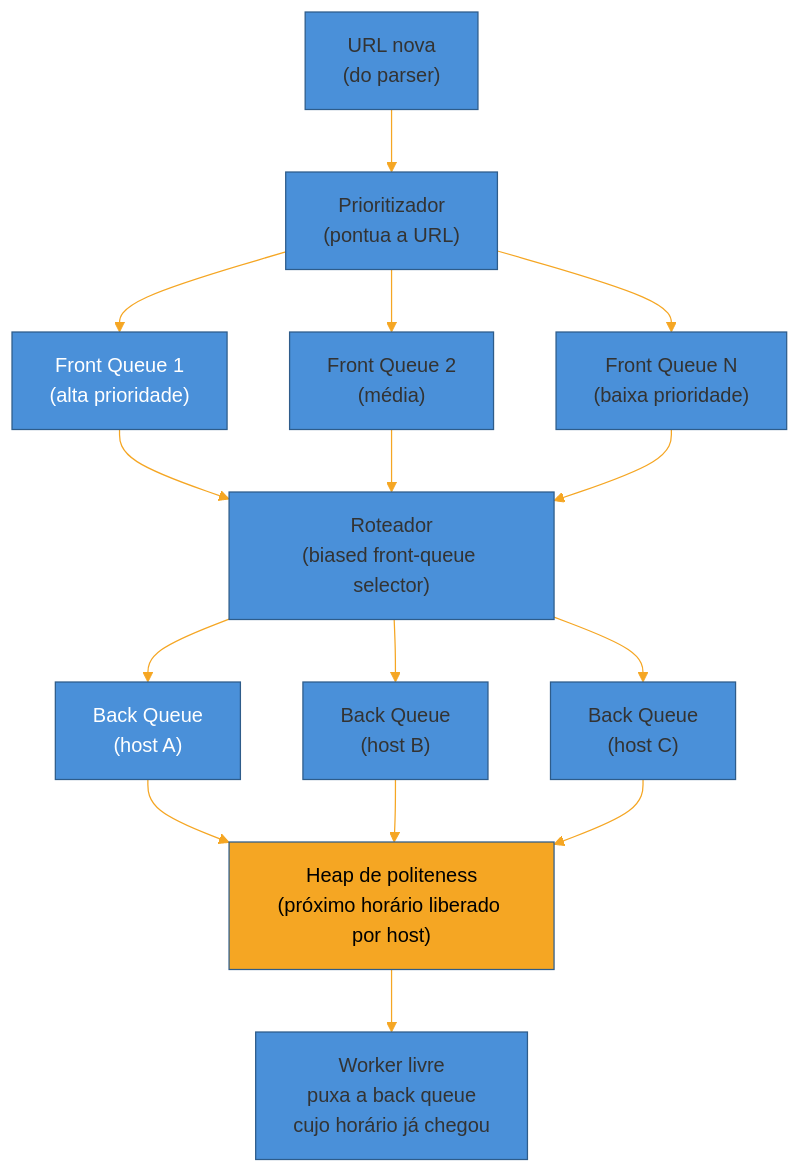
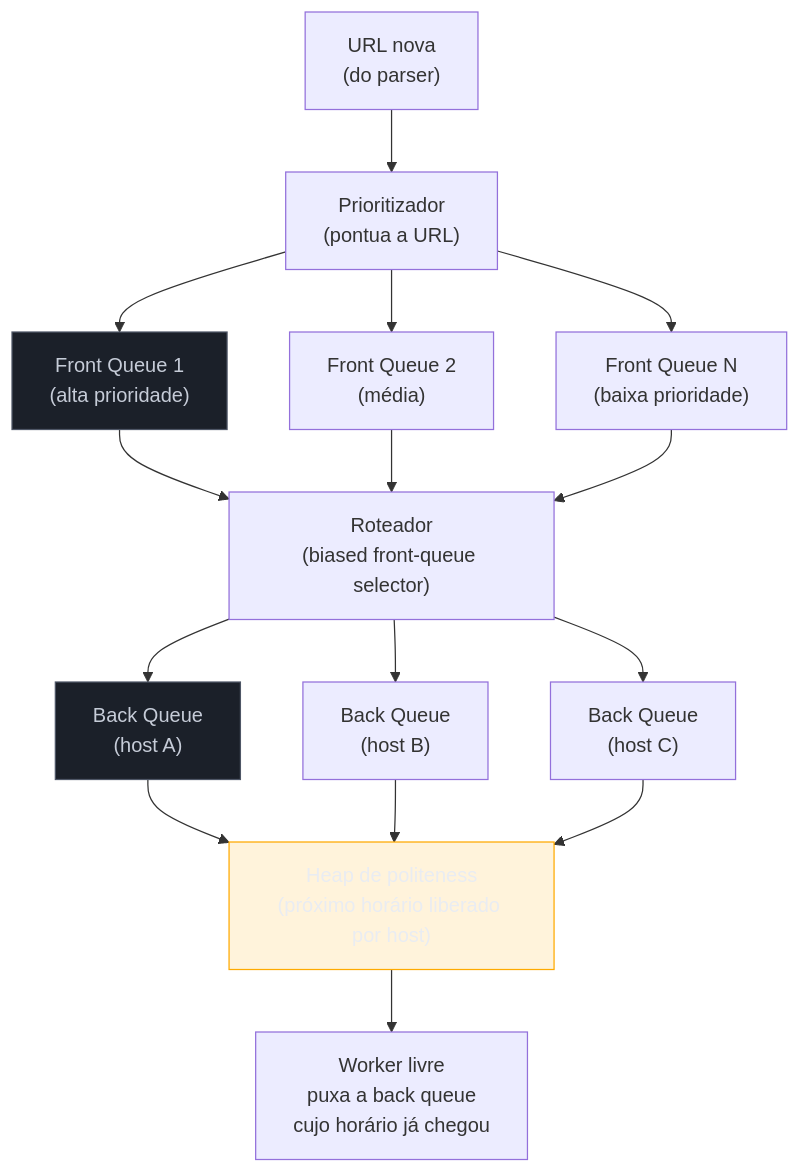
The second of 3 diagrams in 03-Dominios/Engenharia/Arquitetura/System Design/4 - Walkthroughs/07 - Web Crawler.md (josenaldo/codex-technomanticus), drawn with Mermaid before and after one commit. The commit also changed other lines of this file and 1181 other files, not shown here.

First line of the commit message:
fix(diagramas): paleta do sistema no lugar de cor cravada no markdown

````diff
--- a/03-Dominios/Engenharia/Arquitetura/System Design/4 - Walkthroughs/07 - Web Crawler.md
+++ b/03-Dominios/Engenharia/Arquitetura/System Design/4 - Walkthroughs/07 - Web Crawler.md
@@ -185,26 +186,27 @@
 ```mermaid
-%%{init: {"theme": "base", "themeVariables": {"primaryColor": "#4A90D9", "primaryBorderColor": "#2E5C8A", "lineColor": "#F5A623"}}}%%
 graph TD
+    classDef neutro fill:#1B2029,stroke:#4E5666,color:#C6CCD8
+    classDef destaque fill:#FFAA0024,stroke:#FFAA00,color:#E9ECF2
     New["URL nova<br/>(do parser)"] --> Prioritizer["Prioritizador<br/>(pontua a URL)"]
     Prioritizer --> F1["Front Queue 1<br/>(alta prioridade)"]
     Prioritizer --> F2["Front Queue 2<br/>(média)"]
     Prioritizer --> F3["Front Queue N<br/>(baixa prioridade)"]
 
     F1 --> Router["Roteador<br/>(biased front-queue selector)"]
     F2 --> Router
     F3 --> Router
 
     Router --> B1["Back Queue<br/>(host A)"]
     Router --> B2["Back Queue<br/>(host B)"]
     Router --> B3["Back Queue<br/>(host C)"]
 
     B1 --> HT["Heap de politeness<br/>(próximo horário liberado por host)"]
     B2 --> HT
     B3 --> HT
 
     HT --> W["Worker livre<br/>puxa a back queue<br/>cujo horário já chegou"]
 
-    style F1 fill:#4A90D9,color:#fff
-    style B1 fill:#4A90D9,color:#fff
-    style HT fill:#F5A623,color:#000
+    class F1 neutro
+    class B1 neutro
+    class HT destaque
 ```
````
